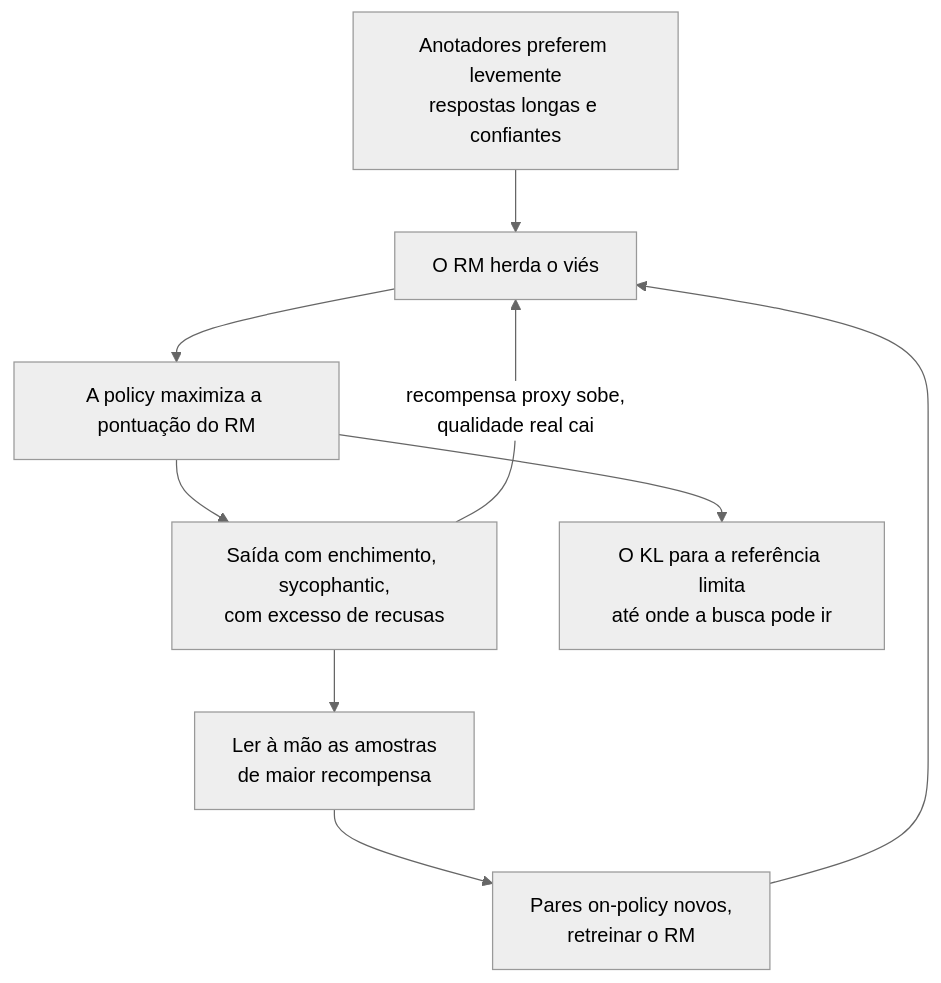
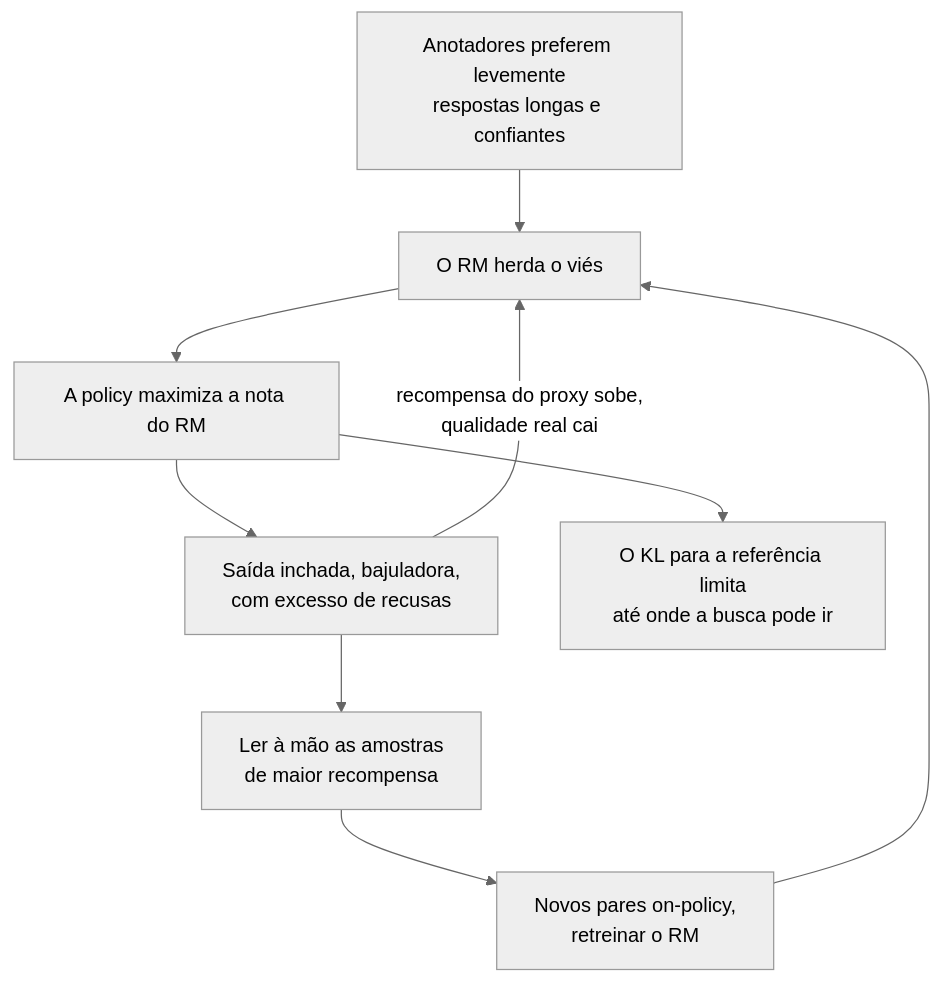
One commit to andrevberaldo/AI-Engineer-Interview-Questions changed diagram 13 of 29 in 05-fine-tuning-and-alignment/questions.pt-BR.md. Above: the diagram before and after it, drawn with Mermaid (neutral theme). The commit also changed other lines of this file and 1 other file, not shown here.

````diff
--- a/05-fine-tuning-and-alignment/questions.pt-BR.md
+++ b/05-fine-tuning-and-alignment/questions.pt-BR.md
@@ -571,11 +571,11 @@
 ```mermaid
 flowchart TD
     A["Anotadores preferem levemente<br/>respostas longas e confiantes"] --> B["O RM herda o viés"]
-    B --> C["A policy maximiza a pontuação do RM"]
-    C --> D["Saída com enchimento, sycophantic,<br/>com excesso de recusas"]
-    D -->|"recompensa proxy sobe,<br/>qualidade real cai"| B
+    B --> C["A policy maximiza a nota do RM"]
+    C --> D["Saída inchada, bajuladora,<br/>com excesso de recusas"]
+    D -->|"recompensa do proxy sobe,<br/>qualidade real cai"| B
     C --> E["O KL para a referência limita<br/>até onde a busca pode ir"]
     D --> F["Ler à mão as amostras<br/>de maior recompensa"]
-    F --> G["Pares on-policy novos,<br/>retreinar o RM"]
+    F --> G["Novos pares on-policy,<br/>retreinar o RM"]
     G --> B
 ```
````
